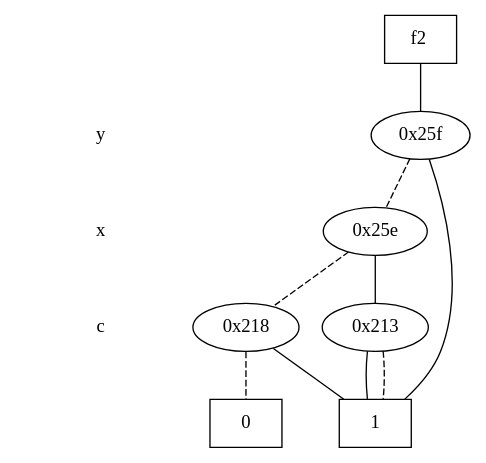
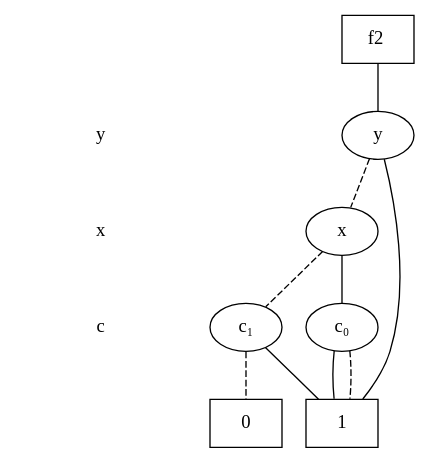
The diagram in zdd_plots/f2_zdd.dot (NathanNator/ECE6745_Final_Project), drawn with Graphviz before and after one commit. The commit also changed 12 other files, not shown here.

```diff
--- a/zdd_plots/f2_zdd.dot
+++ b/zdd_plots/f2_zdd.dot
@@ -1,38 +1,38 @@
 digraph "ZDD" {
 size = "7.5,10"
 center = true;
 edge [dir = none];
 { node [shape = plaintext];
   edge [style = invis];
   "CONST NODES" [style = invis];
 " y " -> " x " -> " c " -> "CONST NODES"; 
 }
 { rank = same; node [shape = box]; edge [style = invis];
 "  f2  "; }
 { rank = same; " y ";
-"0x25f";
+"y";
 }
 { rank = same; " x ";
-"0x25e";
+"x";
 }
 { rank = same; " c ";
-"0x213";
-"0x218";
+"c₀";
+"c₁";
 }
 { rank = same; "CONST NODES";
 { node [shape = box]; "0x1a6";
 "0x1a5";
 }
 }
-"  f2  " -> "0x25f" [style = solid];
-"0x25f" -> "0x1a5";
-"0x25f" -> "0x25e" [style = dashed];
-"0x25e" -> "0x213";
-"0x25e" -> "0x218" [style = dashed];
-"0x213" -> "0x1a5";
-"0x213" -> "0x1a5" [style = dashed];
-"0x218" -> "0x1a5";
-"0x218" -> "0x1a6" [style = dashed];
+"  f2  " -> "y" [style = solid];
+"y" -> "0x1a5";
+"y" -> "x" [style = dashed];
+"x" -> "c₀";
+"x" -> "c₁" [style = dashed];
+"c₀" -> "0x1a5";
+"c₀" -> "0x1a5" [style = dashed];
+"c₁" -> "0x1a5";
+"c₁" -> "0x1a6" [style = dashed];
 "0x1a6" [label = "0"];
 "0x1a5" [label = "1"];
 }
```
